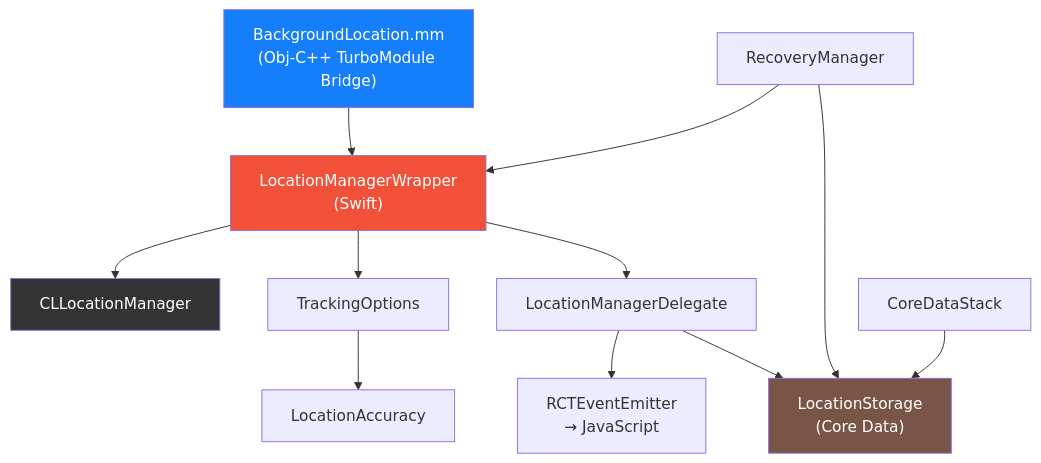
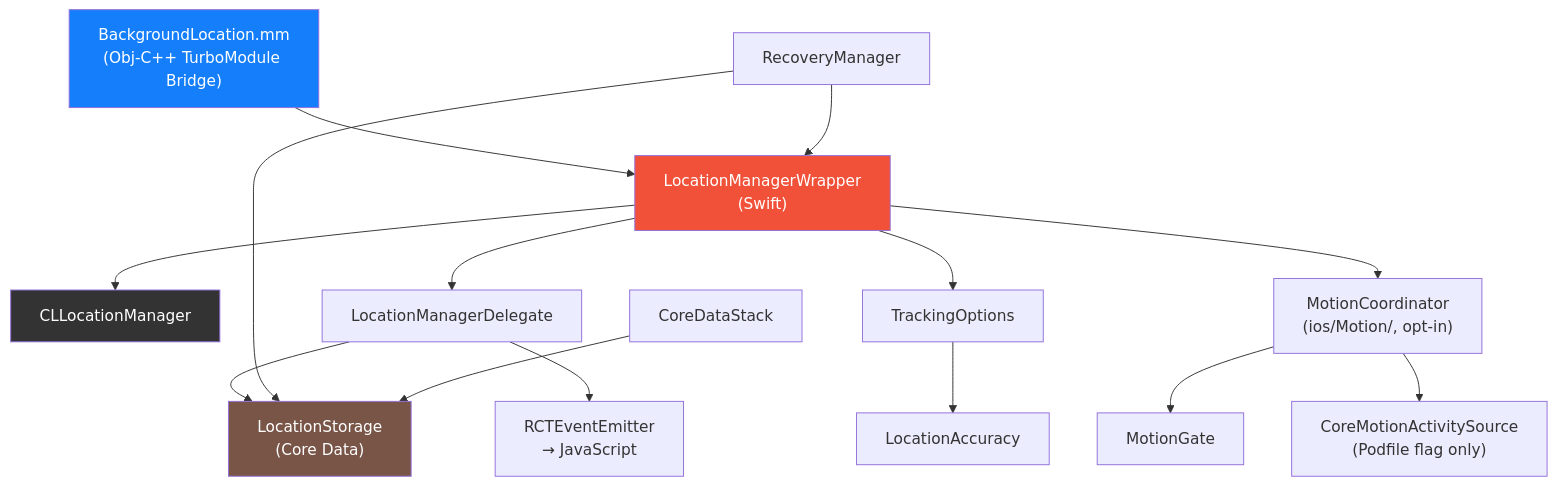
One commit to gabriel-sisjr/react-native-background-location changed the first of 10 diagrams in website/docs/architecture/ios-native.md. Above: the diagram before and after it, drawn with Mermaid. The commit also changed other lines of this file and 35 other files, not shown here.

First line of the commit message:
docs: document motion activity, the Room v2 migration and new warnings

````diff
--- a/website/docs/architecture/ios-native.md
+++ b/website/docs/architecture/ios-native.md
@@ -24,21 +24,25 @@
 ```mermaid
 graph TD
     BL["BackgroundLocation.mm<br/>(Obj-C++ TurboModule Bridge)"] --> LMW["LocationManagerWrapper<br/>(Swift)"]
     LMW --> CLM["CLLocationManager"]
     LMW --> LMD["LocationManagerDelegate"]
     LMD --> LS["LocationStorage<br/>(Core Data)"]
     LMD --> RCT["RCTEventEmitter<br/>→ JavaScript"]
 
     RM["RecoveryManager"] --> LS
     RM --> LMW
 
     LMW --> TO["TrackingOptions"]
     TO --> LA["LocationAccuracy"]
 
+    LMW --> MCO["MotionCoordinator<br/>(ios/Motion/, opt-in)"]
+    MCO --> MGT["MotionGate"]
+    MCO --> CMS["CoreMotionActivitySource<br/>(Podfile flag only)"]
+
     CDS["CoreDataStack"] --> LS
 
     style BL fill:#147efb,color:#fff
     style LMW fill:#f05138,color:#fff
     style CLM fill:#333,color:#fff
     style LS fill:#795548,color:#fff
 ```
````
